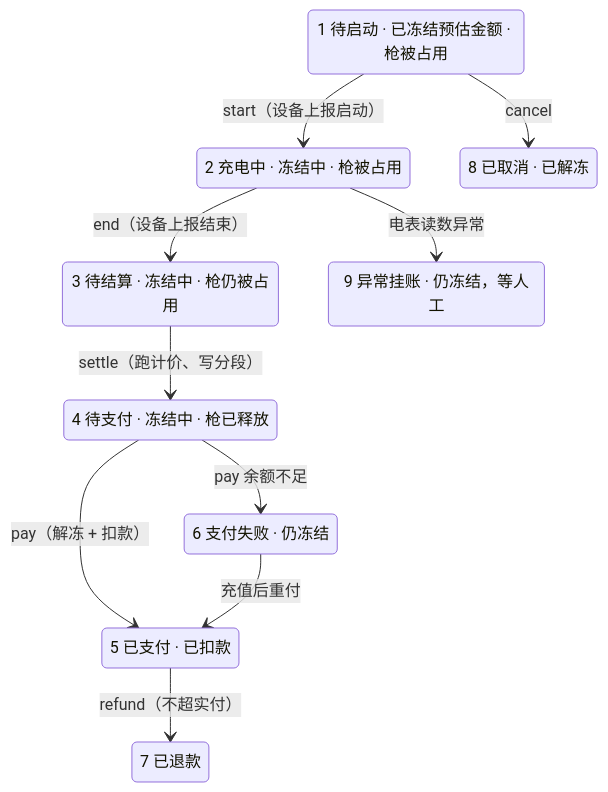
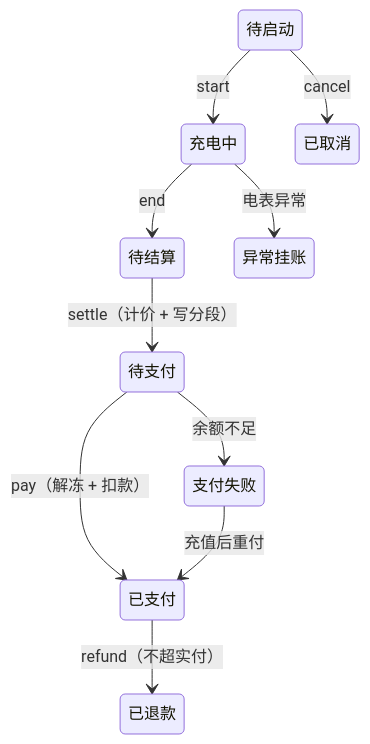
One commit to JYKM-silence/ChargeOps changed the diagram in README.md. Above: the diagram before and after it, drawn with Mermaid. The commit also changed other lines of this file and 5 other files, not shown here.

````diff
--- a/README.md
+++ b/README.md
@@ -94,21 +49,12 @@
 ```mermaid
 stateDiagram-v2
-    待启动 --> 充电中: start（设备上报启动）
+    待启动 --> 充电中: start
     待启动 --> 已取消: cancel
-    充电中 --> 待结算: end（设备上报结束）
-    充电中 --> 异常挂账: 电表读数异常
-    待结算 --> 待支付: settle（跑计价、写分段）
+    充电中 --> 待结算: end
+    充电中 --> 异常挂账: 电表异常
+    待结算 --> 待支付: settle（计价 + 写分段）
     待支付 --> 已支付: pay（解冻 + 扣款）
-    待支付 --> 支付失败: pay 余额不足
+    待支付 --> 支付失败: 余额不足
     支付失败 --> 已支付: 充值后重付
     已支付 --> 已退款: refund（不超实付）
-    待启动: 1 待启动 · 已冻结预估金额 · 枪被占用
-    充电中: 2 充电中 · 冻结中 · 枪被占用
-    待结算: 3 待结算 · 冻结中 · 枪仍被占用
-    待支付: 4 待支付 · 冻结中 · 枪已释放
-    已支付: 5 已支付 · 已扣款
-    支付失败: 6 支付失败 · 仍冻结
-    已退款: 7 已退款
-    已取消: 8 已取消 · 已解冻
-    异常挂账: 9 异常挂账 · 仍冻结，等人工
 ```
````
